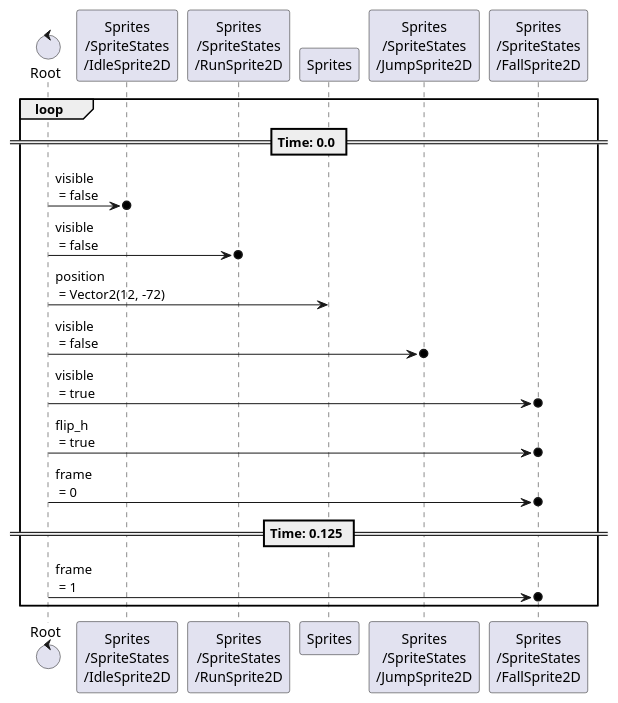
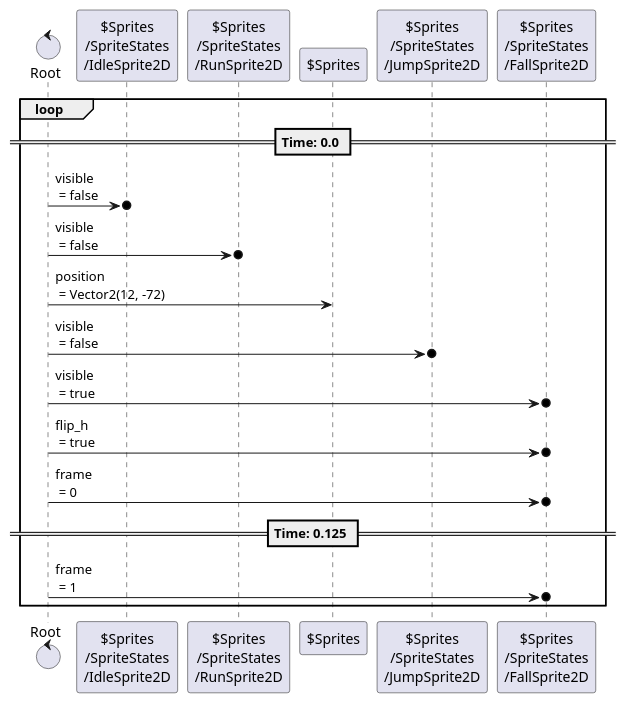
The third of 11 diagrams in content/scenes/src/player/player.tscn.adoc (tkmfujise/Platformer-Game-Learning), drawn with PlantUML before and after one commit. The commit also changed other lines of this file and 31 other files, not shown here.

Commit message:
Add prefix $ to node name in animation sequences

```diff
--- a/content/scenes/src/player/player.tscn.adoc
+++ b/content/scenes/src/player/player.tscn.adoc
@@ -224,24 +224,24 @@
 [plantuml]
 ....
-control "Root" as Root
-participant "Sprites\n/SpriteStates\n/IdleSprite2D" as T0
-participant "Sprites\n/SpriteStates\n/RunSprite2D" as T1
-participant "Sprites" as T2
-participant "Sprites\n/SpriteStates\n/JumpSprite2D" as T3
-participant "Sprites\n/SpriteStates\n/FallSprite2D" as T4
+control "Root" as R
+participant "$Sprites\n/SpriteStates\n/IdleSprite2D" as T0
+participant "$Sprites\n/SpriteStates\n/RunSprite2D" as T1
+participant "$Sprites" as T2
+participant "$Sprites\n/SpriteStates\n/JumpSprite2D" as T3
+participant "$Sprites\n/SpriteStates\n/FallSprite2D" as T4
 
 
 loop
 == Time: 0.0 ==
-Root  ->o  T0 : visible\n = false
-Root  ->o  T1 : visible\n = false
-Root  ->  T2 : position\n = Vector2(12, -72)
-Root  ->o  T3 : visible\n = false
-Root  ->o  T4 : visible\n = true
-Root  ->o  T4 : flip_h\n = true
-Root  ->o  T4 : frame\n = 0
+R  ->o  T0 : visible\n = false
+R  ->o  T1 : visible\n = false
+R  ->  T2 : position\n = Vector2(12, -72)
+R  ->o  T3 : visible\n = false
+R  ->o  T4 : visible\n = true
+R  ->o  T4 : flip_h\n = true
+R  ->o  T4 : frame\n = 0
 == Time: 0.125 ==
-Root  ->o  T4 : frame\n = 1
+R  ->o  T4 : frame\n = 1
 
 end
 ....
```
